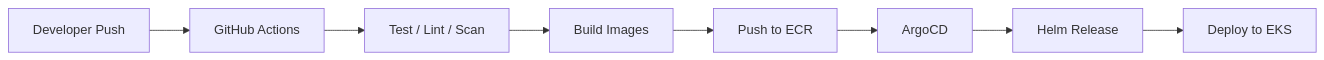
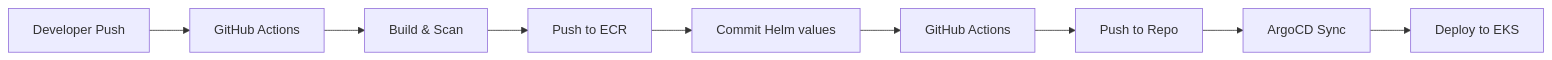
Before and after one commit to kaing615/AI-microservices-EKS-platform: the second of 2 diagrams in README.md, drawn with Mermaid. The commit also changed other lines of this file and 5 other files, not shown here.

````diff
--- a/README.md
+++ b/README.md
@@ -63,10 +126,11 @@
 ```mermaid
 flowchart LR
-    dev[Developer Push] --> gha[GitHub Actions]
-    gha --> test[Test / Lint / Scan]
-    test --> build[Build Images]
-    build --> ecr[Push to ECR]
-    ecr --> argocd[ArgoCD]
-    argocd --> helm[Helm Release]
-    helm --> eks[Deploy to EKS]
+    DEV[Developer Push] --> GHA[GitHub Actions]
+    GHA --> BUILD[Build & Scan]
+    BUILD --> ECR[Push to ECR]
+    ECR --> COMMIT[Commit Helm values]
+    COMMIT --> GHA2[GitHub Actions]
+    GHA2 --> PUSH[Push to Repo]
+    PUSH --> ARGO[ArgoCD Sync]
+    ARGO --> DEPLOY[Deploy to EKS]
 ```
````
